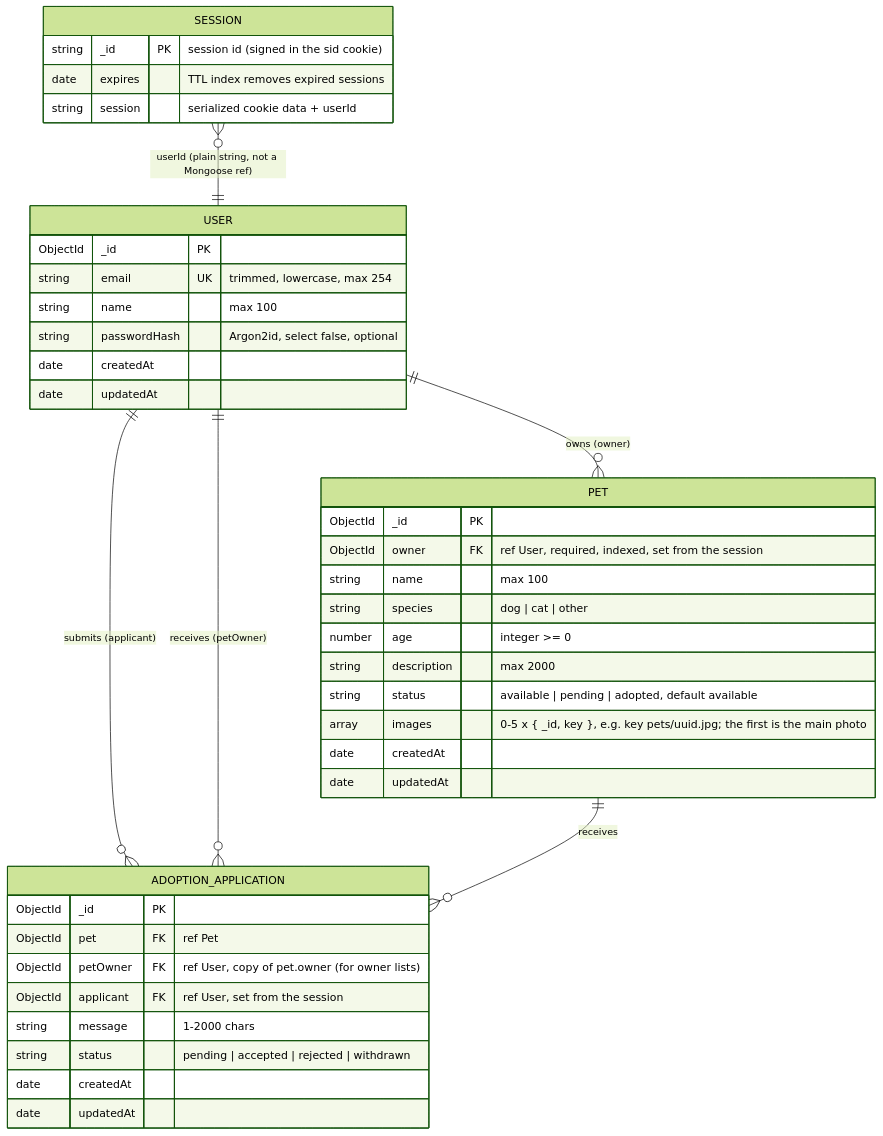
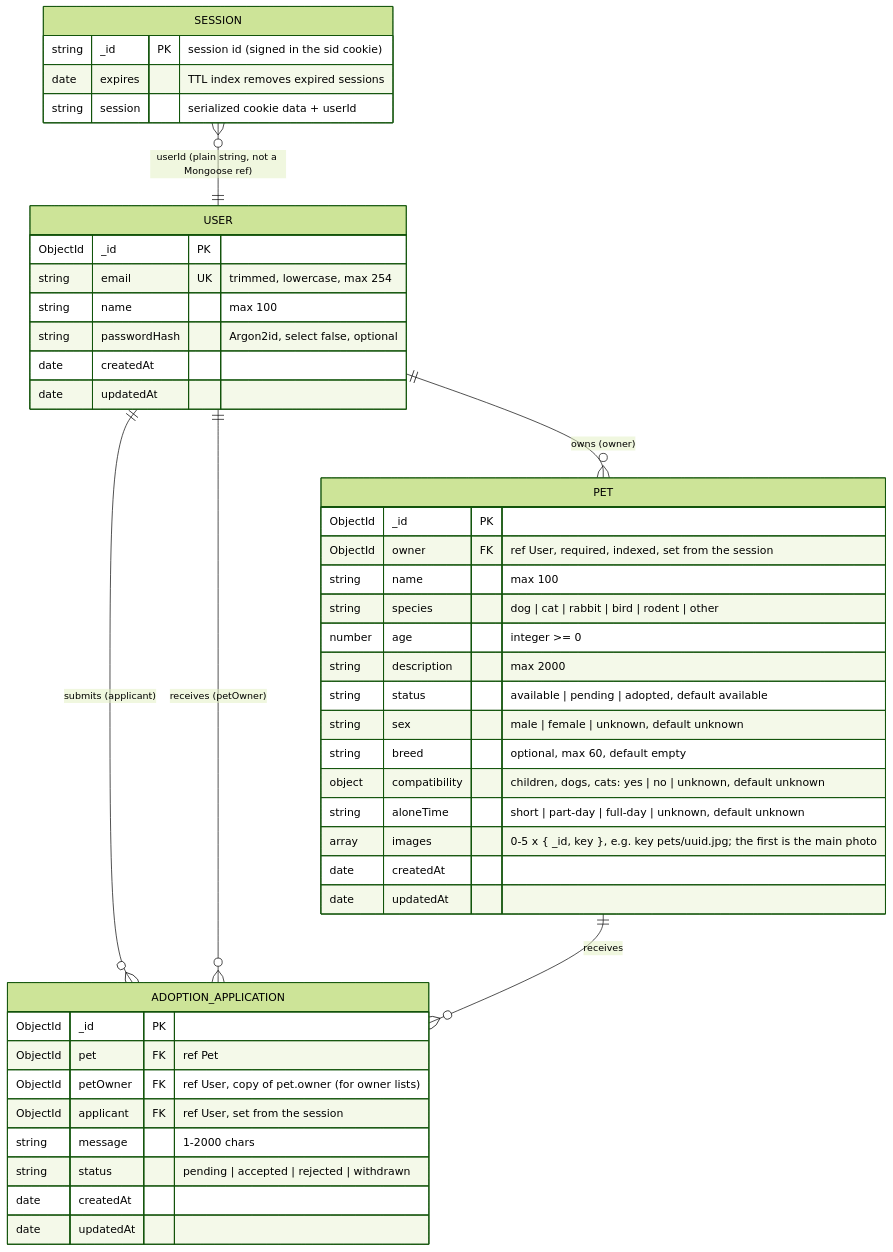
Before and after one commit to BojanSovtic/pet-adoption-system: the sixth of 12 diagrams in docs/architecture.md, drawn with Mermaid (forest theme). The commit also changed other lines of this file and 32 other files, not shown here.

````diff
--- a/docs/architecture.md
+++ b/docs/architecture.md
@@ -216,43 +216,47 @@
 ```mermaid
 erDiagram
   USER {
     ObjectId _id PK
     string email UK "trimmed, lowercase, max 254"
     string name "max 100"
     string passwordHash "Argon2id, select false, optional"
     date createdAt
     date updatedAt
   }
   PET {
     ObjectId _id PK
     ObjectId owner FK "ref User, required, indexed, set from the session"
     string name "max 100"
-    string species "dog | cat | other"
+    string species "dog | cat | rabbit | bird | rodent | other"
     number age "integer >= 0"
     string description "max 2000"
     string status "available | pending | adopted, default available"
+    string sex "male | female | unknown, default unknown"
+    string breed "optional, max 60, default empty"
+    object compatibility "children, dogs, cats: yes | no | unknown, default unknown"
+    string aloneTime "short | part-day | full-day | unknown, default unknown"
     array images "0-5 x { _id, key }, e.g. key pets/uuid.jpg; the first is the main photo"
     date createdAt
     date updatedAt
   }
   SESSION {
     string _id PK "session id (signed in the sid cookie)"
     date expires "TTL index removes expired sessions"
     string session "serialized cookie data + userId"
   }
   ADOPTION_APPLICATION {
     ObjectId _id PK
     ObjectId pet FK "ref Pet"
     ObjectId petOwner FK "ref User, copy of pet.owner (for owner lists)"
     ObjectId applicant FK "ref User, set from the session"
     string message "1-2000 chars"
     string status "pending | accepted | rejected | withdrawn"
     date createdAt
     date updatedAt
   }
   USER ||--o{ PET : "owns (owner)"
   USER ||--o{ ADOPTION_APPLICATION : "submits (applicant)"
   USER ||--o{ ADOPTION_APPLICATION : "receives (petOwner)"
   PET ||--o{ ADOPTION_APPLICATION : "receives"
   SESSION }o--|| USER : "userId (plain string, not a Mongoose ref)"
 ```
````
